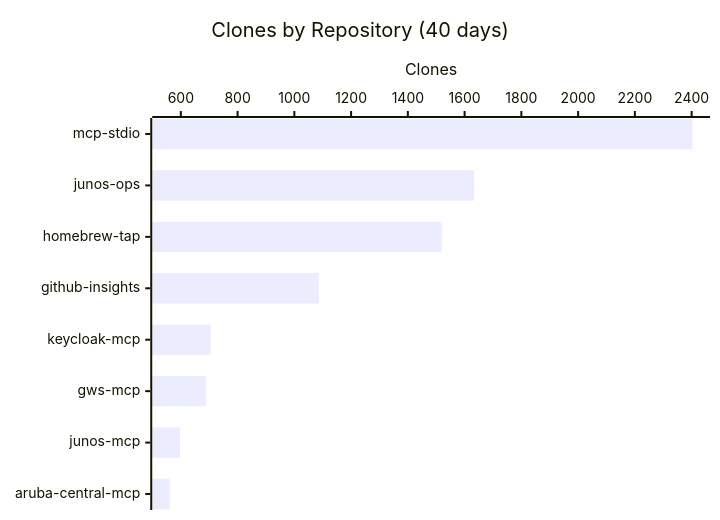
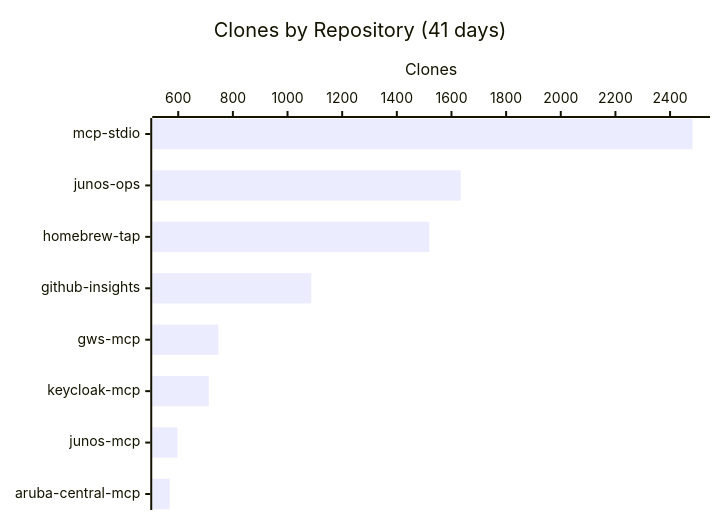
Before and after one commit to shigechika/github-insights: the third of 3 diagrams in README.md, drawn with Mermaid. The commit also changed other lines of this file and 2 other files, not shown here.

````diff
--- a/README.md
+++ b/README.md
@@ -36,7 +36,7 @@
 ```mermaid
 xychart-beta horizontal
-    title "Clones by Repository (40 days)"
-    x-axis ["mcp-stdio", "junos-ops", "homebrew-tap", "github-insights", "keycloak-mcp", "gws-mcp", "junos-mcp", "aruba-central-mcp"]
+    title "Clones by Repository (41 days)"
+    x-axis ["mcp-stdio", "junos-ops", "homebrew-tap", "github-insights", "gws-mcp", "keycloak-mcp", "junos-mcp", "aruba-central-mcp"]
     y-axis "Clones"
-    bar [2403, 1634, 1519, 1087, 705, 690, 597, 561]
+    bar [2482, 1634, 1519, 1087, 747, 712, 597, 569]
 ```
````
